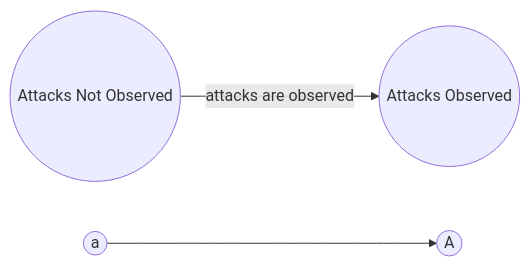
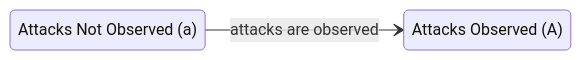
The sixth of 13 diagrams in docs/process_models/cs/index.md (CERTCC/Vultron), drawn with Mermaid before and after one commit. The commit also changed other lines of this file, not shown here.

````diff
--- a/docs/process_models/cs/index.md
+++ b/docs/process_models/cs/index.md
@@ -177,9 +163,7 @@
 ```mermaid
-graph LR
-    a((Attacks Not Observed))
-    A((Attacks Observed))
-    a -->|attacks are observed| A    
-    a2((a))
-    A2((A))
-    a2 --> A2
+stateDiagram-v2
+    direction LR
+    a : Attacks Not Observed (a)
+    A : Attacks Observed (A)
+    a --> A : attacks are observed
 ```
````
